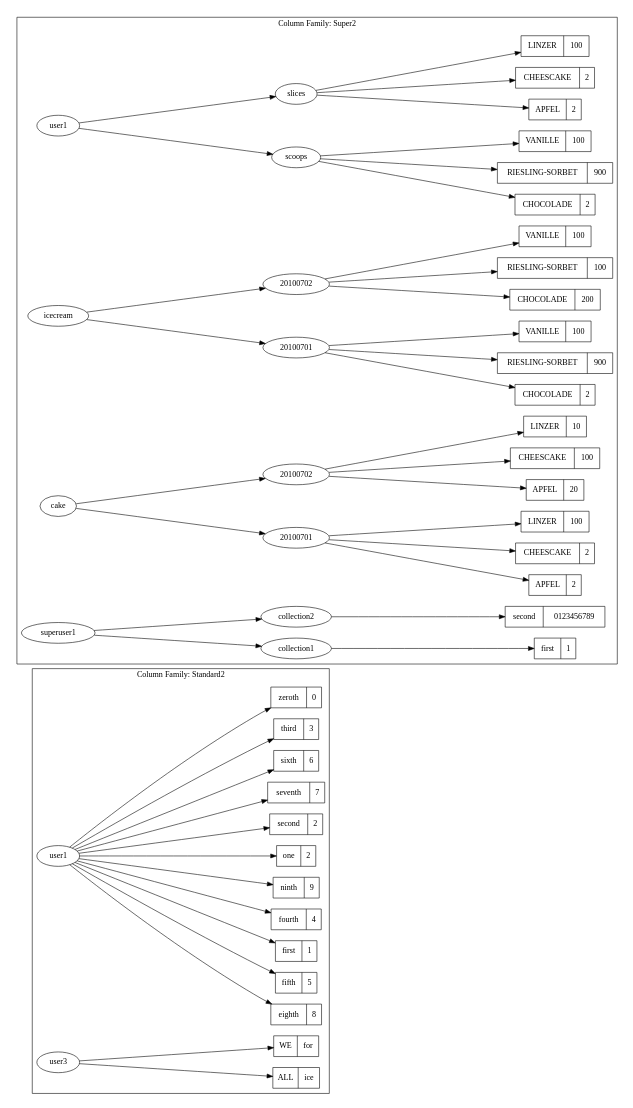
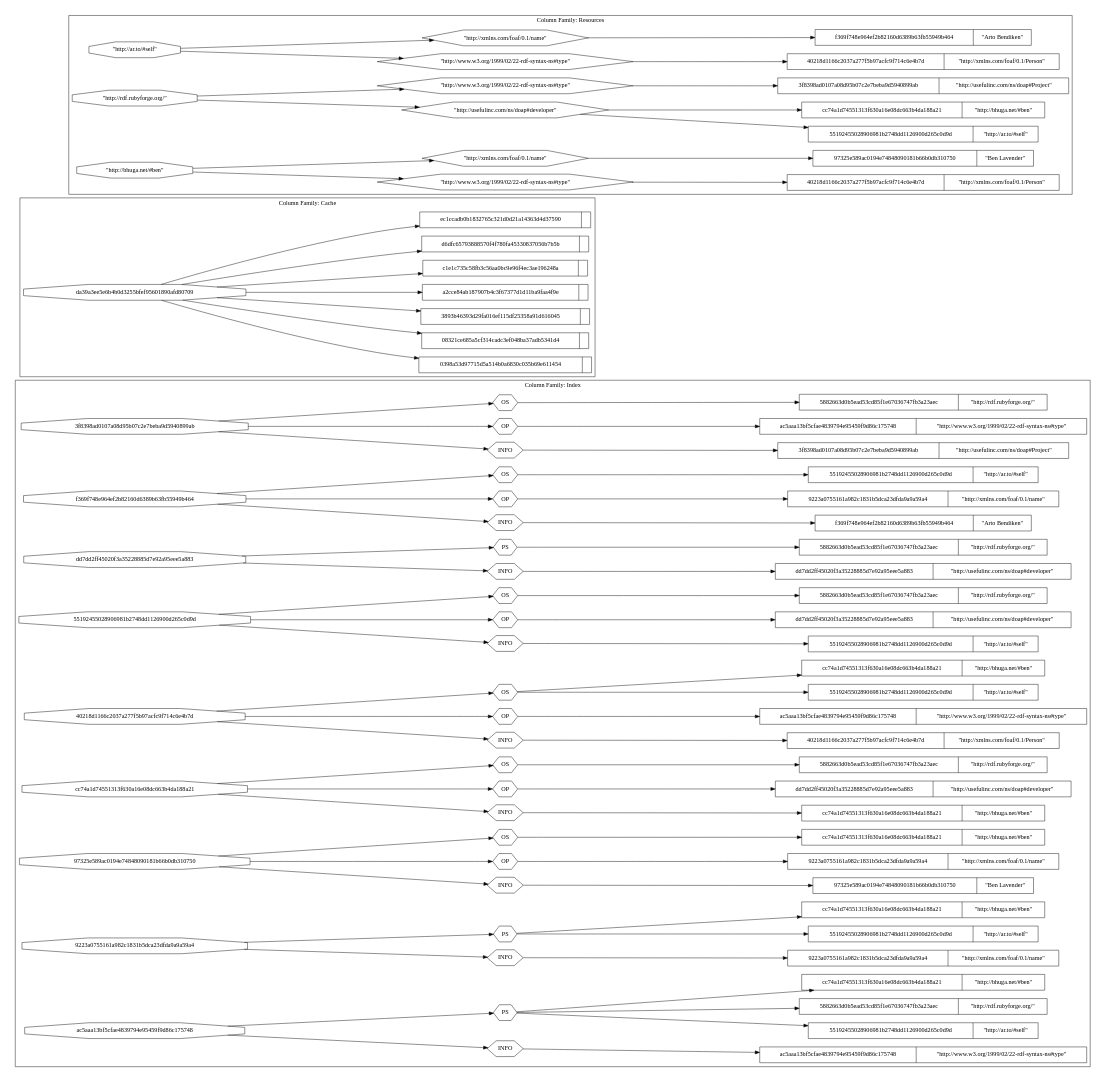
The diagram in READMES/rdfrb.dot (lisp/de.setf.cassandra), drawn with Graphviz before and after one commit.

Commit message:
... testing

```diff
--- a/READMES/rdfrb.dot
+++ b/READMES/rdfrb.dot
@@ -1,34 +1,43 @@
-digraph rdfrb { rankdir=LR; size="11,11"; ranksep="4";subgraph cluster6955 { label="Column Family: Standard2";KEYSLICE6956 [label=user1];
-COLUMN6957 [label="{eighth | 8}", shape=record];KEYSLICE6956 -> COLUMN6957 ;
-COLUMN6958 [label="{fifth | 5}", shape=record];KEYSLICE6956 -> COLUMN6958 ;
-COLUMN6959 [label="{first | 1}", shape=record];KEYSLICE6956 -> COLUMN6959 ;
-COLUMN6960 [label="{fourth | 4}", shape=record];KEYSLICE6956 -> COLUMN6960 ;
-COLUMN6961 [label="{ninth | 9}", shape=record];KEYSLICE6956 -> COLUMN6961 ;
-COLUMN6962 [label="{one | 2}", shape=record];KEYSLICE6956 -> COLUMN6962 ;
-COLUMN6963 [label="{second | 2}", shape=record];KEYSLICE6956 -> COLUMN6963 ;
-COLUMN6964 [label="{seventh | 7}", shape=record];KEYSLICE6956 -> COLUMN6964 ;
-COLUMN6965 [label="{sixth | 6}", shape=record];KEYSLICE6956 -> COLUMN6965 ;
-COLUMN6966 [label="{third | 3}", shape=record];KEYSLICE6956 -> COLUMN6966 ;
-COLUMN6967 [label="{zeroth | 0}", shape=record];KEYSLICE6956 -> COLUMN6967 ;KEYSLICE6968 [label=user3];
-COLUMN6969 [label="{ALL | ice}", shape=record];KEYSLICE6968 -> COLUMN6969 ;
-COLUMN6970 [label="{WE | for}", shape=record];KEYSLICE6968 -> COLUMN6970 ;}subgraph cluster6971 { label="Column Family: Super1";}subgraph cluster6972 { label="Column Family: Standard1";}subgraph cluster6973 { label="Column Family: Super2";KEYSLICE6974 [label=user1];SUPERCOLUMN6975 [label=scoops];
-COLUMN6976 [label="{CHOCOLADE | 2}", shape=record];SUPERCOLUMN6975 -> COLUMN6976 ;
-COLUMN6977 [label="{RIESLING-SORBET | 900}", shape=record];SUPERCOLUMN6975 -> COLUMN6977 ;
-COLUMN6978 [label="{VANILLE | 100}", shape=record];SUPERCOLUMN6975 -> COLUMN6978 ;KEYSLICE6974 -> SUPERCOLUMN6975 ;SUPERCOLUMN6979 [label=slices];
-COLUMN6980 [label="{APFEL | 2}", shape=record];SUPERCOLUMN6979 -> COLUMN6980 ;
-COLUMN6981 [label="{CHEESCAKE | 2}", shape=record];SUPERCOLUMN6979 -> COLUMN6981 ;
-COLUMN6982 [label="{LINZER | 100}", shape=record];SUPERCOLUMN6979 -> COLUMN6982 ;KEYSLICE6974 -> SUPERCOLUMN6979 ;KEYSLICE6983 [label=icecream];SUPERCOLUMN6984 [label="20100701"];
-COLUMN6985 [label="{CHOCOLADE | 2}", shape=record];SUPERCOLUMN6984 -> COLUMN6985 ;
-COLUMN6986 [label="{RIESLING-SORBET | 900}", shape=record];SUPERCOLUMN6984 -> COLUMN6986 ;
-COLUMN6987 [label="{VANILLE | 100}", shape=record];SUPERCOLUMN6984 -> COLUMN6987 ;KEYSLICE6983 -> SUPERCOLUMN6984 ;SUPERCOLUMN6988 [label="20100702"];
-COLUMN6989 [label="{CHOCOLADE | 200}", shape=record];SUPERCOLUMN6988 -> COLUMN6989 ;
-COLUMN6990 [label="{RIESLING-SORBET | 100}", shape=record];SUPERCOLUMN6988 -> COLUMN6990 ;
-COLUMN6991 [label="{VANILLE | 100}", shape=record];SUPERCOLUMN6988 -> COLUMN6991 ;KEYSLICE6983 -> SUPERCOLUMN6988 ;KEYSLICE6992 [label=cake];SUPERCOLUMN6993 [label="20100701"];
-COLUMN6994 [label="{APFEL | 2}", shape=record];SUPERCOLUMN6993 -> COLUMN6994 ;
-COLUMN6995 [label="{CHEESCAKE | 2}", shape=record];SUPERCOLUMN6993 -> COLUMN6995 ;
-COLUMN6996 [label="{LINZER | 100}", shape=record];SUPERCOLUMN6993 -> COLUMN6996 ;KEYSLICE6992 -> SUPERCOLUMN6993 ;SUPERCOLUMN6997 [label="20100702"];
-COLUMN6998 [label="{APFEL | 20}", shape=record];SUPERCOLUMN6997 -> COLUMN6998 ;
-COLUMN6999 [label="{CHEESCAKE | 100}", shape=record];SUPERCOLUMN6997 -> COLUMN6999 ;
-COLUMN7000 [label="{LINZER | 10}", shape=record];SUPERCOLUMN6997 -> COLUMN7000 ;KEYSLICE6992 -> SUPERCOLUMN6997 ;KEYSLICE7001 [label=superuser1];SUPERCOLUMN7002 [label=collection1];
-COLUMN7003 [label="{first | 1}", shape=record];SUPERCOLUMN7002 -> COLUMN7003 ;KEYSLICE7001 -> SUPERCOLUMN7002 ;SUPERCOLUMN7004 [label=collection2];
-COLUMN7005 [label="{second | 0123456789}", shape=record];SUPERCOLUMN7004 -> COLUMN7005 ;KEYSLICE7001 -> SUPERCOLUMN7004 ;}subgraph cluster7006 { label="Column Family: StandardByUUID1";}}
+digraph rdfrb { rankdir=LR; size="11,11"; ranksep="4";subgraph cluster7073 { label="Column Family: Index";KEYSLICE7074 [label="3f8398ad0107a08d95b07c2e7beba9d5940899ab", shape=octagon];SUPERCOLUMN7075 [label=INFO, shape=hexagon];
+COLUMN7076 [label="{3f8398ad0107a08d95b07c2e7beba9d5940899ab | \"http://usefulinc.com/ns/doap#Project\"}", shape=record];SUPERCOLUMN7075 -> COLUMN7076 ;KEYSLICE7074 -> SUPERCOLUMN7075 ;SUPERCOLUMN7077 [label=OP, shape=hexagon];
+COLUMN7078 [label="{ac5aaa13bf5cfae4839794e95459f9d86c175748 | \"http://www.w3.org/1999/02/22-rdf-syntax-ns#type\"}", shape=record];SUPERCOLUMN7077 -> COLUMN7078 ;KEYSLICE7074 -> SUPERCOLUMN7077 ;SUPERCOLUMN7079 [label=OS, shape=hexagon];
+COLUMN7080 [label="{5882663d0b5ead53cd85f1e67036747fb3a23aec | \"http://rdf.rubyforge.org/\"}", shape=record];SUPERCOLUMN7079 -> COLUMN7080 ;KEYSLICE7074 -> SUPERCOLUMN7079 ;KEYSLICE7081 [label=f369f748e964ef2b82160d6389b63fb55949b464, shape=octagon];SUPERCOLUMN7082 [label=INFO, shape=hexagon];
+COLUMN7083 [label="{f369f748e964ef2b82160d6389b63fb55949b464 | \"Arto Bendiken\"}", shape=record];SUPERCOLUMN7082 -> COLUMN7083 ;KEYSLICE7081 -> SUPERCOLUMN7082 ;SUPERCOLUMN7084 [label=OP, shape=hexagon];
+COLUMN7085 [label="{9223a0755161a982c1831b5dca23dfda9a9a59a4 | \"http://xmlns.com/foaf/0.1/name\"}", shape=record];SUPERCOLUMN7084 -> COLUMN7085 ;KEYSLICE7081 -> SUPERCOLUMN7084 ;SUPERCOLUMN7086 [label=OS, shape=hexagon];
+COLUMN7087 [label="{55192455028906981b2748dd1126900d265c0d9d | \"http://ar.to/#self\"}", shape=record];SUPERCOLUMN7086 -> COLUMN7087 ;KEYSLICE7081 -> SUPERCOLUMN7086 ;KEYSLICE7088 [label=dd7dd2ff45020f3a35228885d7e92a95eee5a883, shape=octagon];SUPERCOLUMN7089 [label=INFO, shape=hexagon];
+COLUMN7090 [label="{dd7dd2ff45020f3a35228885d7e92a95eee5a883 | \"http://usefulinc.com/ns/doap#developer\"}", shape=record];SUPERCOLUMN7089 -> COLUMN7090 ;KEYSLICE7088 -> SUPERCOLUMN7089 ;SUPERCOLUMN7091 [label=PS, shape=hexagon];
+COLUMN7092 [label="{5882663d0b5ead53cd85f1e67036747fb3a23aec | \"http://rdf.rubyforge.org/\"}", shape=record];SUPERCOLUMN7091 -> COLUMN7092 ;KEYSLICE7088 -> SUPERCOLUMN7091 ;KEYSLICE7093 [label="55192455028906981b2748dd1126900d265c0d9d", shape=octagon];SUPERCOLUMN7094 [label=INFO, shape=hexagon];
+COLUMN7095 [label="{55192455028906981b2748dd1126900d265c0d9d | \"http://ar.to/#self\"}", shape=record];SUPERCOLUMN7094 -> COLUMN7095 ;KEYSLICE7093 -> SUPERCOLUMN7094 ;SUPERCOLUMN7096 [label=OP, shape=hexagon];
+COLUMN7097 [label="{dd7dd2ff45020f3a35228885d7e92a95eee5a883 | \"http://usefulinc.com/ns/doap#developer\"}", shape=record];SUPERCOLUMN7096 -> COLUMN7097 ;KEYSLICE7093 -> SUPERCOLUMN7096 ;SUPERCOLUMN7098 [label=OS, shape=hexagon];
+COLUMN7099 [label="{5882663d0b5ead53cd85f1e67036747fb3a23aec | \"http://rdf.rubyforge.org/\"}", shape=record];SUPERCOLUMN7098 -> COLUMN7099 ;KEYSLICE7093 -> SUPERCOLUMN7098 ;KEYSLICE7100 [label="40218d1166c2037a277f5b97acfc9f714c6e4b7d", shape=octagon];SUPERCOLUMN7101 [label=INFO, shape=hexagon];
+COLUMN7102 [label="{40218d1166c2037a277f5b97acfc9f714c6e4b7d | \"http://xmlns.com/foaf/0.1/Person\"}", shape=record];SUPERCOLUMN7101 -> COLUMN7102 ;KEYSLICE7100 -> SUPERCOLUMN7101 ;SUPERCOLUMN7103 [label=OP, shape=hexagon];
+COLUMN7104 [label="{ac5aaa13bf5cfae4839794e95459f9d86c175748 | \"http://www.w3.org/1999/02/22-rdf-syntax-ns#type\"}", shape=record];SUPERCOLUMN7103 -> COLUMN7104 ;KEYSLICE7100 -> SUPERCOLUMN7103 ;SUPERCOLUMN7105 [label=OS, shape=hexagon];
+COLUMN7106 [label="{55192455028906981b2748dd1126900d265c0d9d | \"http://ar.to/#self\"}", shape=record];SUPERCOLUMN7105 -> COLUMN7106 ;
+COLUMN7107 [label="{cc74a1d74551313f630a16e08dc663b4da188a21 | \"http://bhuga.net/#ben\"}", shape=record];SUPERCOLUMN7105 -> COLUMN7107 ;KEYSLICE7100 -> SUPERCOLUMN7105 ;KEYSLICE7108 [label=cc74a1d74551313f630a16e08dc663b4da188a21, shape=octagon];SUPERCOLUMN7109 [label=INFO, shape=hexagon];
+COLUMN7110 [label="{cc74a1d74551313f630a16e08dc663b4da188a21 | \"http://bhuga.net/#ben\"}", shape=record];SUPERCOLUMN7109 -> COLUMN7110 ;KEYSLICE7108 -> SUPERCOLUMN7109 ;SUPERCOLUMN7111 [label=OP, shape=hexagon];
+COLUMN7112 [label="{dd7dd2ff45020f3a35228885d7e92a95eee5a883 | \"http://usefulinc.com/ns/doap#developer\"}", shape=record];SUPERCOLUMN7111 -> COLUMN7112 ;KEYSLICE7108 -> SUPERCOLUMN7111 ;SUPERCOLUMN7113 [label=OS, shape=hexagon];
+COLUMN7114 [label="{5882663d0b5ead53cd85f1e67036747fb3a23aec | \"http://rdf.rubyforge.org/\"}", shape=record];SUPERCOLUMN7113 -> COLUMN7114 ;KEYSLICE7108 -> SUPERCOLUMN7113 ;KEYSLICE7115 [label="97325e589ac0194e74848090181b66b0db310750", shape=octagon];SUPERCOLUMN7116 [label=INFO, shape=hexagon];
+COLUMN7117 [label="{97325e589ac0194e74848090181b66b0db310750 | \"Ben Lavender\"}", shape=record];SUPERCOLUMN7116 -> COLUMN7117 ;KEYSLICE7115 -> SUPERCOLUMN7116 ;SUPERCOLUMN7118 [label=OP, shape=hexagon];
+COLUMN7119 [label="{9223a0755161a982c1831b5dca23dfda9a9a59a4 | \"http://xmlns.com/foaf/0.1/name\"}", shape=record];SUPERCOLUMN7118 -> COLUMN7119 ;KEYSLICE7115 -> SUPERCOLUMN7118 ;SUPERCOLUMN7120 [label=OS, shape=hexagon];
+COLUMN7121 [label="{cc74a1d74551313f630a16e08dc663b4da188a21 | \"http://bhuga.net/#ben\"}", shape=record];SUPERCOLUMN7120 -> COLUMN7121 ;KEYSLICE7115 -> SUPERCOLUMN7120 ;KEYSLICE7122 [label="9223a0755161a982c1831b5dca23dfda9a9a59a4", shape=octagon];SUPERCOLUMN7123 [label=INFO, shape=hexagon];
+COLUMN7124 [label="{9223a0755161a982c1831b5dca23dfda9a9a59a4 | \"http://xmlns.com/foaf/0.1/name\"}", shape=record];SUPERCOLUMN7123 -> COLUMN7124 ;KEYSLICE7122 -> SUPERCOLUMN7123 ;SUPERCOLUMN7125 [label=PS, shape=hexagon];
+COLUMN7126 [label="{55192455028906981b2748dd1126900d265c0d9d | \"http://ar.to/#self\"}", shape=record];SUPERCOLUMN7125 -> COLUMN7126 ;
+COLUMN7127 [label="{cc74a1d74551313f630a16e08dc663b4da188a21 | \"http://bhuga.net/#ben\"}", shape=record];SUPERCOLUMN7125 -> COLUMN7127 ;KEYSLICE7122 -> SUPERCOLUMN7125 ;KEYSLICE7128 [label=ac5aaa13bf5cfae4839794e95459f9d86c175748, shape=octagon];SUPERCOLUMN7129 [label=INFO, shape=hexagon];
+COLUMN7130 [label="{ac5aaa13bf5cfae4839794e95459f9d86c175748 | \"http://www.w3.org/1999/02/22-rdf-syntax-ns#type\"}", shape=record];SUPERCOLUMN7129 -> COLUMN7130 ;KEYSLICE7128 -> SUPERCOLUMN7129 ;SUPERCOLUMN7131 [label=PS, shape=hexagon];
+COLUMN7132 [label="{55192455028906981b2748dd1126900d265c0d9d | \"http://ar.to/#self\"}", shape=record];SUPERCOLUMN7131 -> COLUMN7132 ;
+COLUMN7133 [label="{5882663d0b5ead53cd85f1e67036747fb3a23aec | \"http://rdf.rubyforge.org/\"}", shape=record];SUPERCOLUMN7131 -> COLUMN7133 ;
+COLUMN7134 [label="{cc74a1d74551313f630a16e08dc663b4da188a21 | \"http://bhuga.net/#ben\"}", shape=record];SUPERCOLUMN7131 -> COLUMN7134 ;KEYSLICE7128 -> SUPERCOLUMN7131 ;}subgraph cluster7135 { label="Column Family: Cache";KEYSLICE7136 [label=da39a3ee5e6b4b0d3255bfef95601890afd80709, shape=octagon];
+COLUMN7137 [label="{0398a53d97715d5a514b0a6830c035b69e611454 | }", shape=record];KEYSLICE7136 -> COLUMN7137 ;
+COLUMN7138 [label="{08321ce685a5cf314cadc3ef048ba37adb5341d4 | }", shape=record];KEYSLICE7136 -> COLUMN7138 ;
+COLUMN7139 [label="{3893b46393d29fa016ef115df25358a91d616045 | }", shape=record];KEYSLICE7136 -> COLUMN7139 ;
+COLUMN7140 [label="{a2cce84ab187907b4c3f67377d1d11ba9faa4f9e | }", shape=record];KEYSLICE7136 -> COLUMN7140 ;
+COLUMN7141 [label="{c1e1c735c58fb3c56aa0bc9e96f4ec3ae196248a | }", shape=record];KEYSLICE7136 -> COLUMN7141 ;
+COLUMN7142 [label="{d6dfc65793888570f4f780fa45330837056b7b5b | }", shape=record];KEYSLICE7136 -> COLUMN7142 ;
+COLUMN7143 [label="{ec1ccadb0b1832765c321d0d21a14363d4d37590 | }", shape=record];KEYSLICE7136 -> COLUMN7143 ;}subgraph cluster7144 { label="Column Family: Resources";KEYSLICE7145 [label="\"http://ar.to/#self\"", shape=octagon];SUPERCOLUMN7146 [label="\"http://www.w3.org/1999/02/22-rdf-syntax-ns#type\"", shape=hexagon];
+COLUMN7147 [label="{40218d1166c2037a277f5b97acfc9f714c6e4b7d | \"http://xmlns.com/foaf/0.1/Person\"}", shape=record];SUPERCOLUMN7146 -> COLUMN7147 ;KEYSLICE7145 -> SUPERCOLUMN7146 ;SUPERCOLUMN7148 [label="\"http://xmlns.com/foaf/0.1/name\"", shape=hexagon];
+COLUMN7149 [label="{f369f748e964ef2b82160d6389b63fb55949b464 | \"Arto Bendiken\"}", shape=record];SUPERCOLUMN7148 -> COLUMN7149 ;KEYSLICE7145 -> SUPERCOLUMN7148 ;KEYSLICE7150 [label="\"http://rdf.rubyforge.org/\"", shape=octagon];SUPERCOLUMN7151 [label="\"http://usefulinc.com/ns/doap#developer\"", shape=hexagon];
+COLUMN7152 [label="{55192455028906981b2748dd1126900d265c0d9d | \"http://ar.to/#self\"}", shape=record];SUPERCOLUMN7151 -> COLUMN7152 ;
+COLUMN7153 [label="{cc74a1d74551313f630a16e08dc663b4da188a21 | \"http://bhuga.net/#ben\"}", shape=record];SUPERCOLUMN7151 -> COLUMN7153 ;KEYSLICE7150 -> SUPERCOLUMN7151 ;SUPERCOLUMN7154 [label="\"http://www.w3.org/1999/02/22-rdf-syntax-ns#type\"", shape=hexagon];
+COLUMN7155 [label="{3f8398ad0107a08d95b07c2e7beba9d5940899ab | \"http://usefulinc.com/ns/doap#Project\"}", shape=record];SUPERCOLUMN7154 -> COLUMN7155 ;KEYSLICE7150 -> SUPERCOLUMN7154 ;KEYSLICE7156 [label="\"http://bhuga.net/#ben\"", shape=octagon];SUPERCOLUMN7157 [label="\"http://www.w3.org/1999/02/22-rdf-syntax-ns#type\"", shape=hexagon];
+COLUMN7158 [label="{40218d1166c2037a277f5b97acfc9f714c6e4b7d | \"http://xmlns.com/foaf/0.1/Person\"}", shape=record];SUPERCOLUMN7157 -> COLUMN7158 ;KEYSLICE7156 -> SUPERCOLUMN7157 ;SUPERCOLUMN7159 [label="\"http://xmlns.com/foaf/0.1/name\"", shape=hexagon];
+COLUMN7160 [label="{97325e589ac0194e74848090181b66b0db310750 | \"Ben Lavender\"}", shape=record];SUPERCOLUMN7159 -> COLUMN7160 ;KEYSLICE7156 -> SUPERCOLUMN7159 ;}}
```
